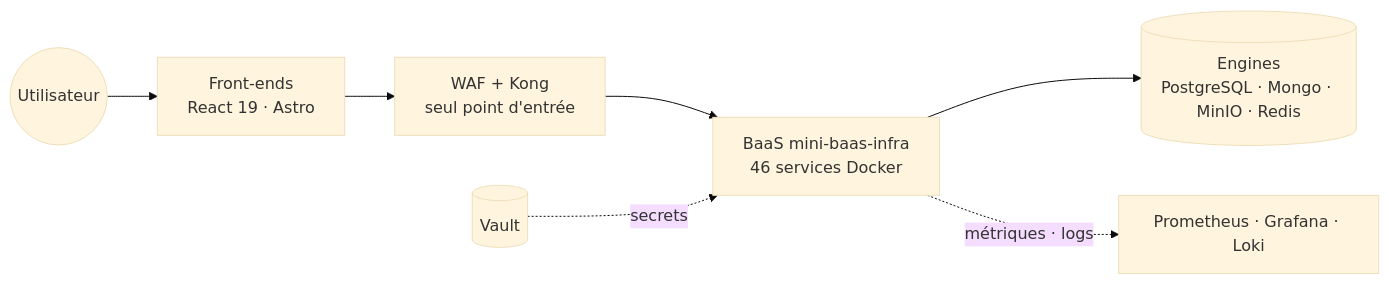
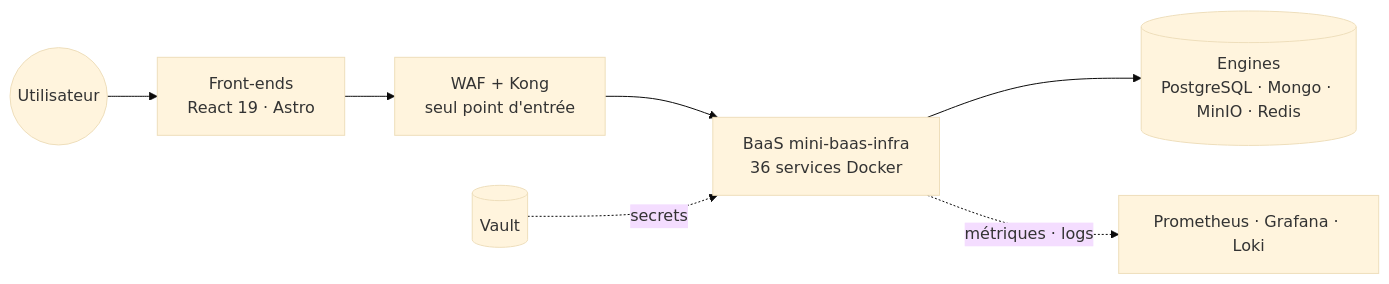
One commit to Univers42/groot changed the first of 12 diagrams in wiki/README.md. Above: the diagram before and after it, drawn with Mermaid (base theme). The commit also changed other lines of this file and 21 other files, not shown here.

````diff
--- a/wiki/README.md
+++ b/wiki/README.md
@@ -117,9 +126,9 @@
 ```mermaid
 flowchart LR
     USER(("Utilisateur")) --> FRONT["Front-ends<br/>React 19 · Astro"]
     FRONT --> EDGE["WAF + Kong<br/>seul point d'entrée"]
-    EDGE --> BAAS["BaaS mini-baas-infra<br/>46 services Docker"]
+    EDGE --> BAAS["BaaS mini-baas-infra<br/>36 services Docker"]
     BAAS --> ENGINES[("Engines<br/>PostgreSQL · Mongo · MinIO · Redis")]
     VAULT[("Vault")] -.->|secrets| BAAS
     BAAS -.->|métriques · logs| OBS["Prometheus · Grafana · Loki"]
 ```
````
